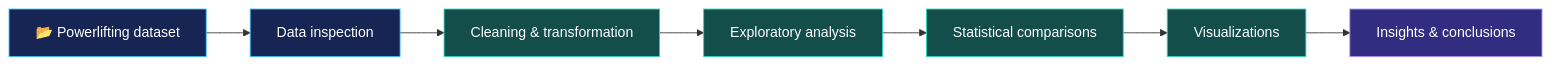
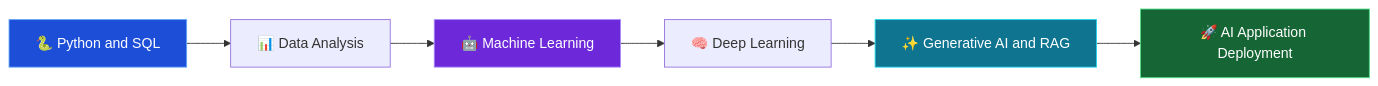
One commit to naveen057/naveen057 changed the second of 2 diagrams in README.md. Above: the diagram before and after it, drawn with Mermaid. The commit also changed other lines of this file, not shown here.

````diff
--- a/README.md
+++ b/README.md
@@ -301,17 +161,13 @@
 ```mermaid
 flowchart LR
-    A["📂 Powerlifting dataset"] --> B["Data inspection"]
-    B --> C["Cleaning & transformation"]
-    C --> D["Exploratory analysis"]
-    D --> E["Statistical comparisons"]
-    E --> F["Visualizations"]
-    F --> G["Insights & conclusions"]
+    A["🐍 Python and SQL"] --> B["📊 Data Analysis"]
+    B --> C["🤖 Machine Learning"]
+    C --> D["🧠 Deep Learning"]
+    D --> E["✨ Generative AI and RAG"]
+    E --> F["🚀 AI Application Deployment"]
 
-    classDef source fill:#172554,stroke:#38BDF8,color:#FFFFFF
-    classDef analysis fill:#134E4A,stroke:#2DD4BF,color:#FFFFFF
-    classDef insights fill:#312E81,stroke:#A78BFA,color:#FFFFFF
-
-    class A,B source
-    class C,D,E,F analysis
-    class G insights
+    style A fill:#1D4ED8,color:#FFFFFF,stroke:#60A5FA
+    style C fill:#6D28D9,color:#FFFFFF,stroke:#A78BFA
+    style E fill:#0E7490,color:#FFFFFF,stroke:#22D3EE
+    style F fill:#166534,color:#FFFFFF,stroke:#4ADE80
 ```
````
